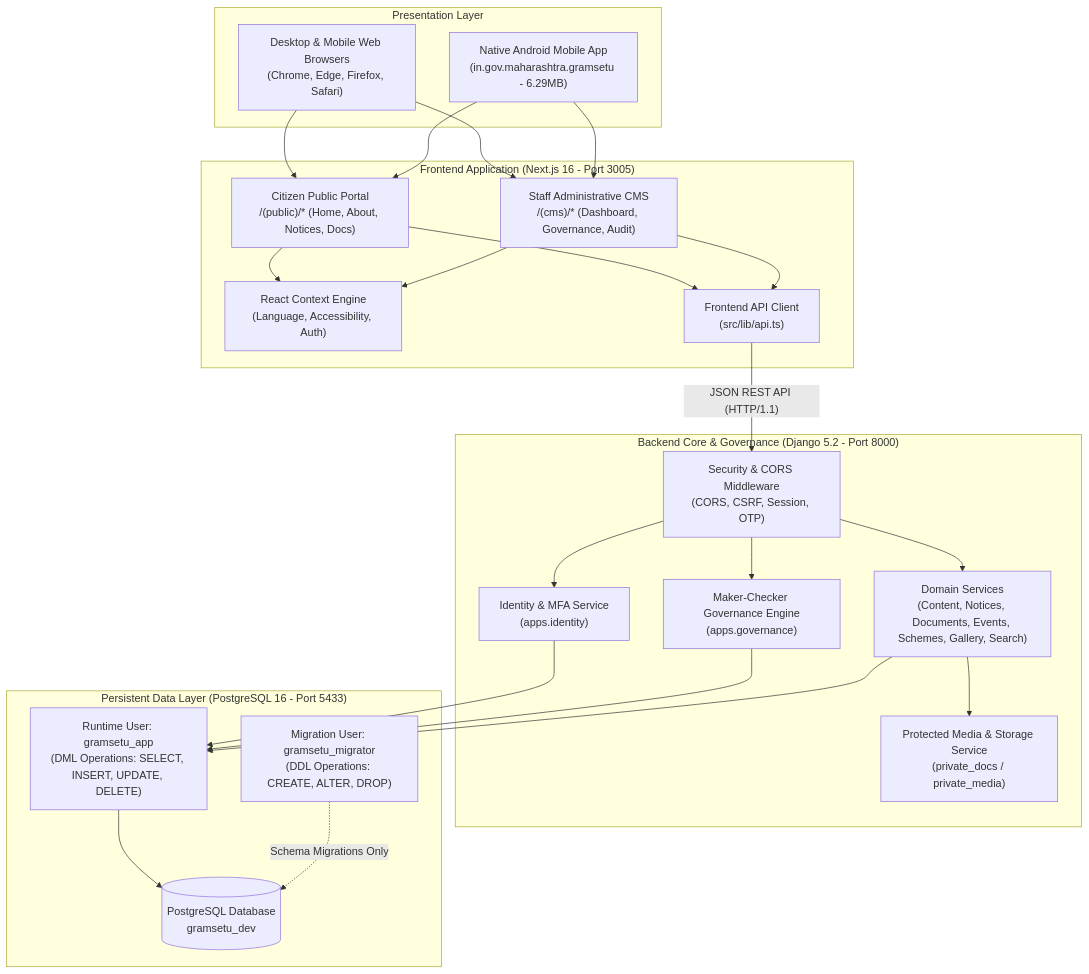
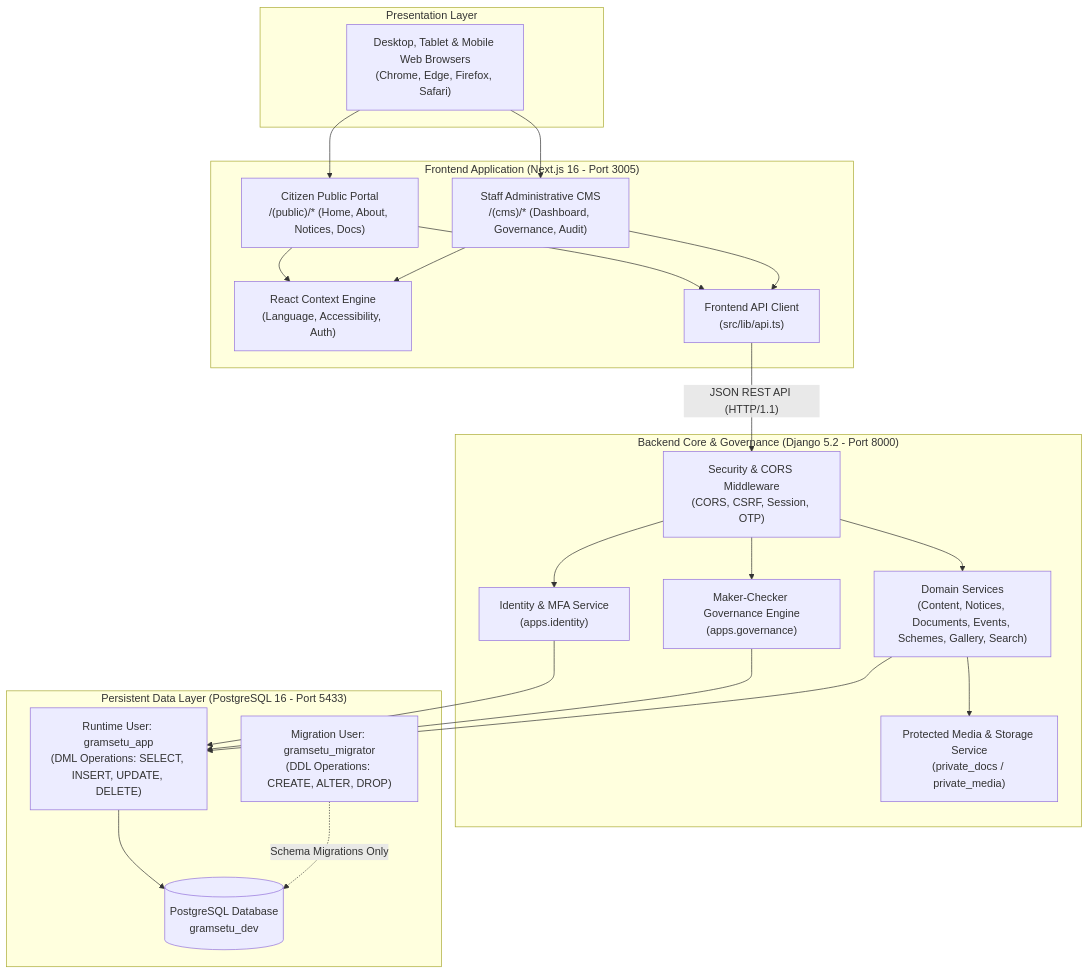
The first of 2 diagrams in README.md (VAWRix/GramSetu), drawn with Mermaid before and after one commit. The commit also changed other lines of this file and 4 other files, not shown here.

Commit message:
docs: align documentation with web-only platform and reclassify mobile app as future scope

````diff
--- a/README.md
+++ b/README.md
@@ -103,49 +97,46 @@
 ```mermaid
 flowchart TD
     subgraph ClientLayer["Presentation Layer"]
-        WebClients["Desktop & Mobile Web Browsers<br>(Chrome, Edge, Firefox, Safari)"]
-        AndroidNative["Native Android Mobile App<br>(in.gov.maharashtra.gramsetu - 6.29MB)"]
+        WebClients["Desktop, Tablet & Mobile Web Browsers<br>(Chrome, Edge, Firefox, Safari)"]
     end
 
     subgraph FrontendApp["Frontend Application (Next.js 16 - Port 3005)"]
         PublicPortal["Citizen Public Portal<br>/(public)/* (Home, About, Notices, Docs)"]
         AdminCMS["Staff Administrative CMS<br>/(cms)/* (Dashboard, Governance, Audit)"]
         ContextProviders["React Context Engine<br>(Language, Accessibility, Auth)"]
         ApiClient["Frontend API Client<br>(src/lib/api.ts)"]
     end
 
     subgraph BackendAPI["Backend Core & Governance (Django 5.2 - Port 8000)"]
         SecurityGate["Security & CORS Middleware<br>(CORS, CSRF, Session, OTP)"]
         IdentityService["Identity & MFA Service<br>(apps.identity)"]
         GovernanceEngine["Maker-Checker Governance Engine<br>(apps.governance)"]
         DomainApps["Domain Services<br>(Content, Notices, Documents, Events, Schemes, Gallery, Search)"]
         FileService["Protected Media & Storage Service<br>(private_docs / private_media)"]
     end
 
     subgraph DatabaseLayer["Persistent Data Layer (PostgreSQL 16 - Port 5433)"]
         AppRole["Runtime User: gramsetu_app<br>(DML Operations: SELECT, INSERT, UPDATE, DELETE)"]
         MigratorRole["Migration User: gramsetu_migrator<br>(DDL Operations: CREATE, ALTER, DROP)"]
         DBStorage[("PostgreSQL Database<br>gramsetu_dev")]
     end
 
     WebClients --> PublicPortal
     WebClients --> AdminCMS
-    AndroidNative --> PublicPortal
-    AndroidNative --> AdminCMS
     PublicPortal --> ContextProviders
     AdminCMS --> ContextProviders
     PublicPortal --> ApiClient
     AdminCMS --> ApiClient
 
     ApiClient -- "JSON REST API (HTTP/1.1)" --> SecurityGate
     SecurityGate --> IdentityService
     SecurityGate --> GovernanceEngine
     SecurityGate --> DomainApps
     DomainApps --> FileService
 
     IdentityService --> AppRole
     GovernanceEngine --> AppRole
     DomainApps --> AppRole
     AppRole --> DBStorage
     MigratorRole -. "Schema Migrations Only" .-> DBStorage
 ```
````
